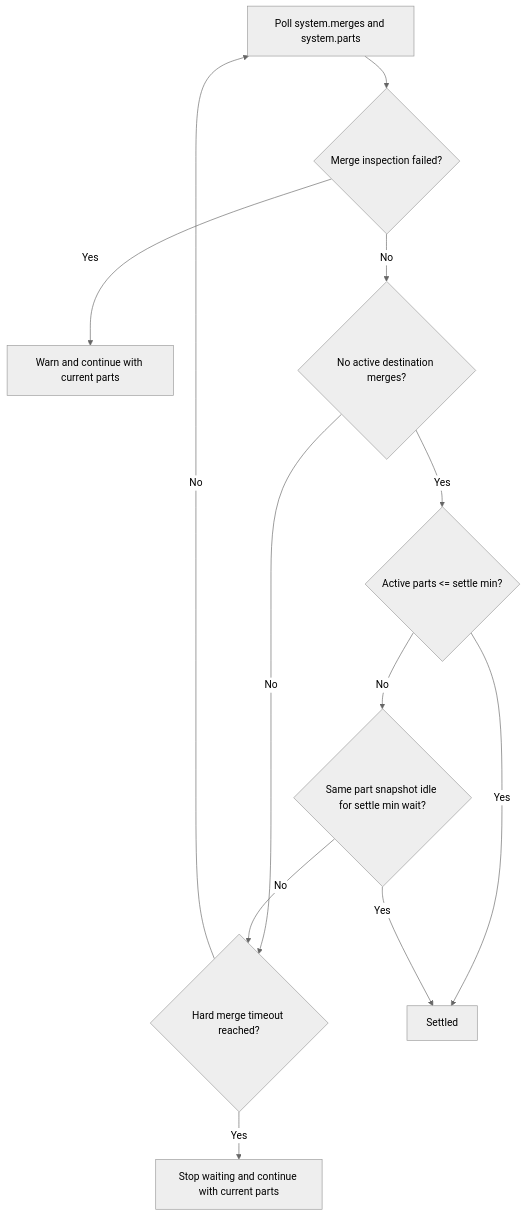
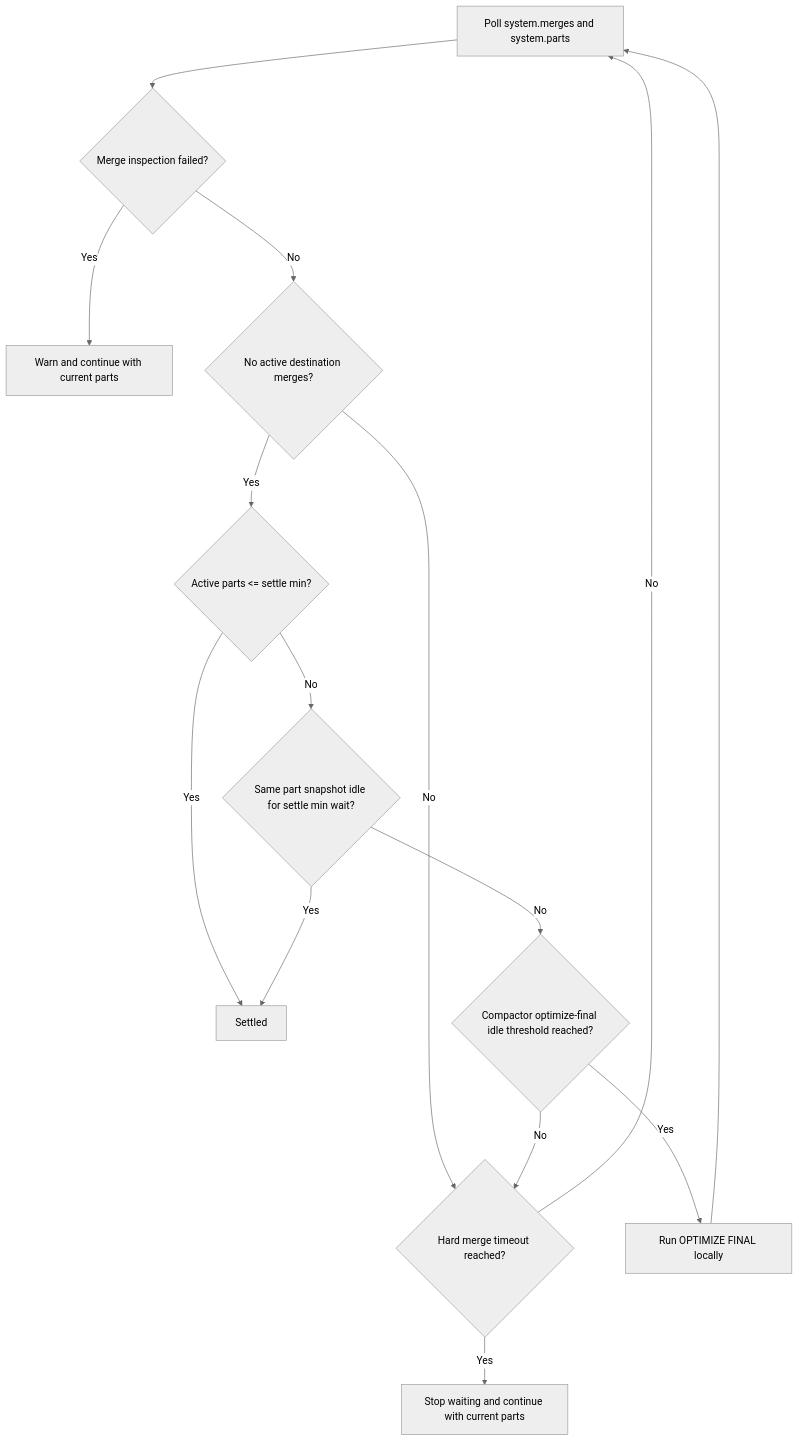
The third of 3 diagrams in docs/rewrite-flow.md (rorylshanks/partforge), drawn with Mermaid (neutral theme) before and after one commit. The commit also changed other lines of this file and 9 other files, not shown here.

````diff
--- a/docs/rewrite-flow.md
+++ b/docs/rewrite-flow.md
@@ -77,14 +77,17 @@
 ```mermaid
 graph TD
     A[Poll system.merges and system.parts] --> B{Merge inspection failed?}
     B -- Yes --> C[Warn and continue with current parts]
     B -- No --> D{No active destination merges?}
     D -- No --> E{Hard merge timeout reached?}
     E -- No --> A
     E -- Yes --> F[Stop waiting and continue with current parts]
     D -- Yes --> G{Active parts <= settle min?}
     G -- Yes --> H[Settled]
     G -- No --> I{Same part snapshot idle for settle min wait?}
-    I -- No --> E
+    I -- No --> J{Compactor optimize-final idle threshold reached?}
+    J -- Yes --> K[Run OPTIMIZE FINAL locally]
+    K --> A
+    J -- No --> E
     I -- Yes --> H
 ```
````
